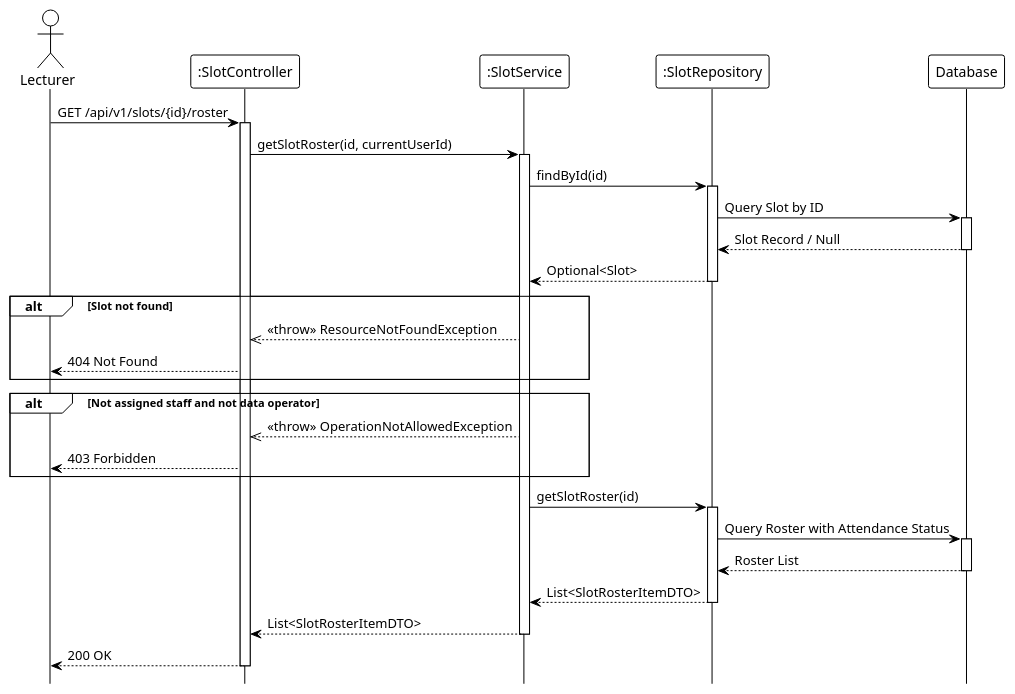
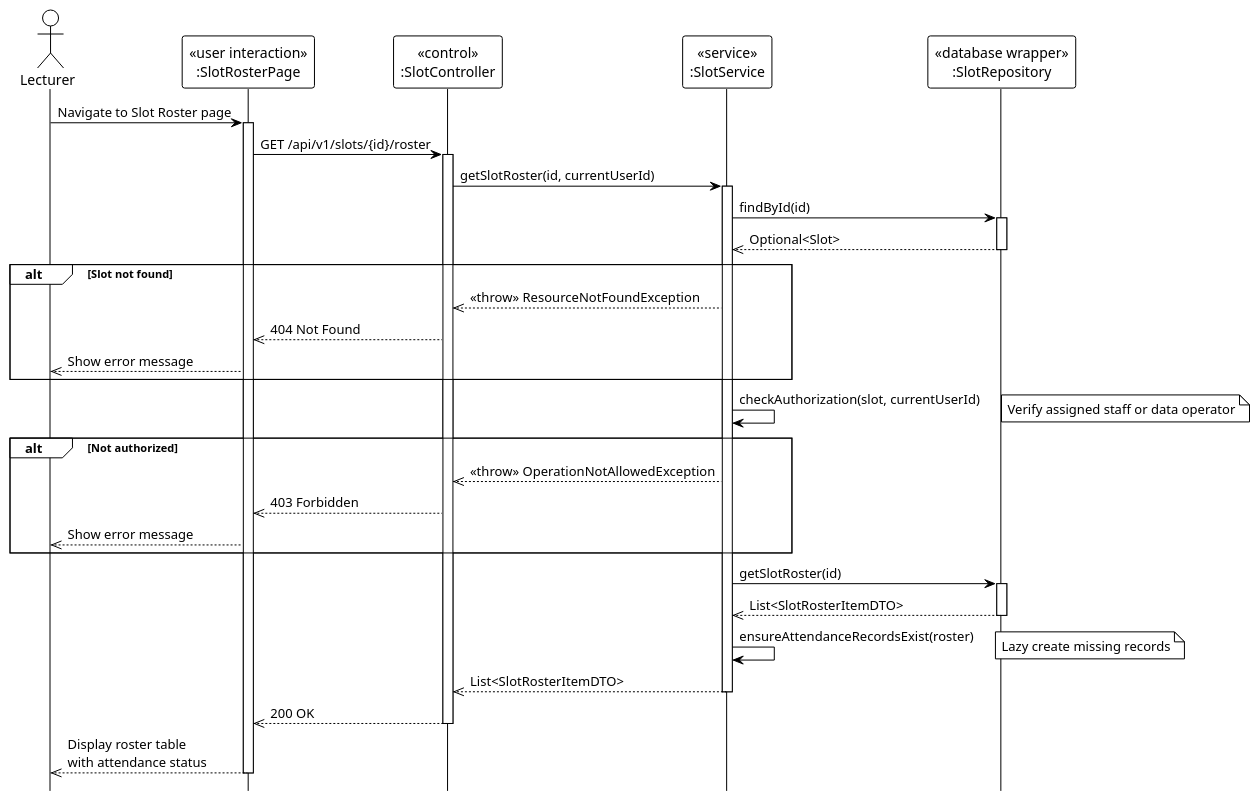
One commit to Ndh474/context changed the diagram in system_detailed_design/67_view_slot_roster/sequence_diagram_view_slot_roster.puml. Above: the diagram before and after it, drawn with PlantUML. The commit also changed 2 other files, not shown here.

Commit message:
docs(system_detailed_design): add UML stereotypes to slot and attendance sequence diagrams

```diff
--- a/system_detailed_design/67_view_slot_roster/sequence_diagram_view_slot_roster.puml
+++ b/system_detailed_design/67_view_slot_roster/sequence_diagram_view_slot_roster.puml
@@ -1,63 +1,63 @@
 @startuml view_slot_roster
 !theme plain
 hide footbox
 
-actor Lecturer
-participant ":SlotController" as Controller
-participant ":SlotService" as Service
-participant ":SlotRepository" as Repository
-participant "Database" as DB
+actor "Lecturer" as Lecturer
 
-' --- MAIN FLOW ---
-Lecturer -> Controller: GET /api/v1/slots/{id}/roster
+participant "«user interaction»\n:SlotRosterPage" as UI
+participant "«control»\n:SlotController" as Controller
+participant "«service»\n:SlotService" as Service
+participant "«database wrapper»\n:SlotRepository" as Repository
+
+' === MAIN FLOW ===
+Lecturer -> UI: Navigate to Slot Roster page
+activate UI
+
+UI -> Controller: GET /api/v1/slots/{id}/roster
 activate Controller
 
 Controller -> Service: getSlotRoster(id, currentUserId)
 activate Service
 
-' --- VALIDATE SLOT ---
+' === VALIDATE SLOT ===
 Service -> Repository: findById(id)
 activate Repository
-
-Repository -> DB: Query Slot by ID
-activate DB
-DB --> Repository: Slot Record / Null
-deactivate DB
-
-Repository --> Service: Optional<Slot>
+Repository -->> Service: Optional<Slot>
 deactivate Repository
 
 alt Slot not found
     Service -->> Controller: <<throw>> ResourceNotFoundException
-    Controller --> Lecturer: 404 Not Found
+    Controller -->> UI: 404 Not Found
+    UI -->> Lecturer: Show error message
 end
 
-' --- CHECK AUTHORIZATION ---
-' Authorization logic (internal)
+' === CHECK AUTHORIZATION ===
+Service -> Service: checkAuthorization(slot, currentUserId)
+note right: Verify assigned staff or data operator
 
-alt Not assigned staff and not data operator
+alt Not authorized
     Service -->> Controller: <<throw>> OperationNotAllowedException
-    Controller --> Lecturer: 403 Forbidden
+    Controller -->> UI: 403 Forbidden
+    UI -->> Lecturer: Show error message
 end
 
-' --- GET ROSTER ---
+' === GET ROSTER ===
 Service -> Repository: getSlotRoster(id)
 activate Repository
-
-Repository -> DB: Query Roster with Attendance Status
-activate DB
-DB --> Repository: Roster List
-deactivate DB
-
-Repository --> Service: List<SlotRosterItemDTO>
+Repository -->> Service: List<SlotRosterItemDTO>
 deactivate Repository
 
-' Ensure attendance records exist (internal)
+' === ENSURE ATTENDANCE RECORDS ===
+Service -> Service: ensureAttendanceRecordsExist(roster)
+note right: Lazy create missing records
 
-Service --> Controller: List<SlotRosterItemDTO>
+Service -->> Controller: List<SlotRosterItemDTO>
 deactivate Service
 
-Controller --> Lecturer: 200 OK
+Controller -->> UI: 200 OK
 deactivate Controller
 
+UI -->> Lecturer: Display roster table\nwith attendance status
+deactivate UI
+
 @enduml
```
